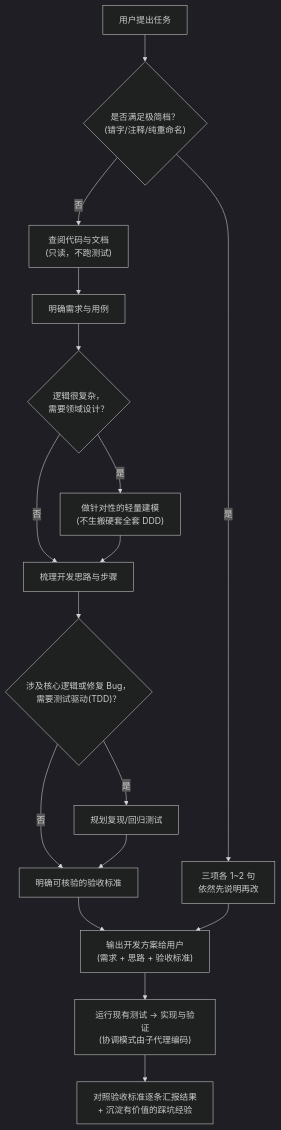
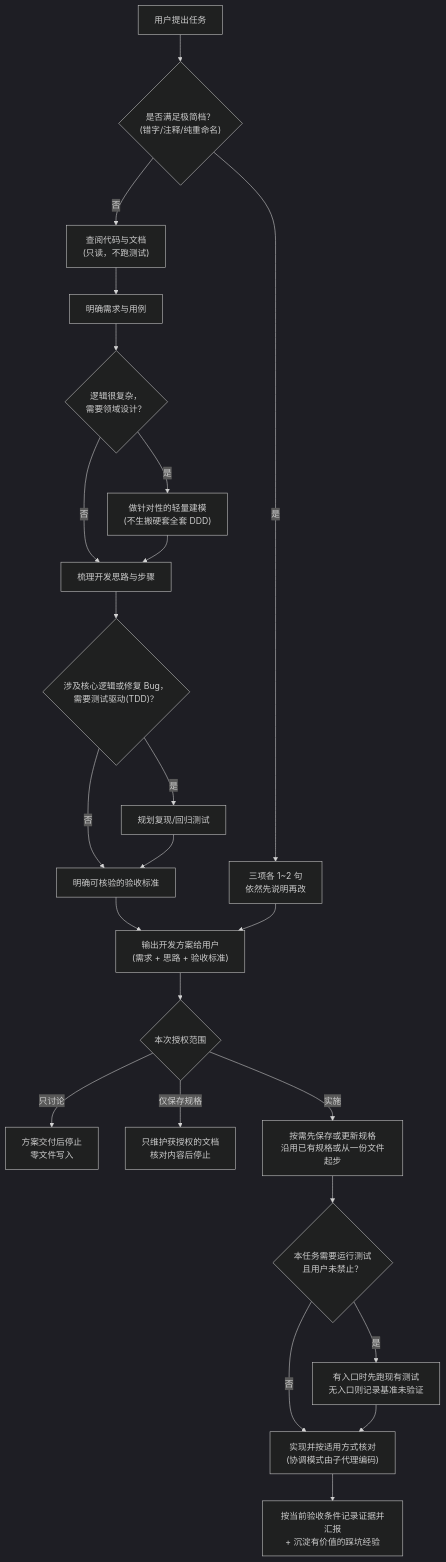
One commit to stackJx/navigate-software-development changed the diagram in README.md. Above: the diagram before and after it, drawn with Mermaid (dark theme). The commit also changed other lines of this file and 17 other files, not shown here.

````diff
--- a/README.md
+++ b/README.md
@@ -19,19 +19,26 @@
 ```mermaid
 flowchart TD
     A["用户提出任务"] --> Q{"是否满足极简档？<br/>(错字/注释/纯重命名)"}
     Q -- "是" --> S["三项各 1~2 句<br/>依然先说明再改"]
     Q -- "否" --> X["查阅代码与文档<br/>(只读，不跑测试)"]
     X --> R["明确需求与用例"]
     R --> D{"逻辑很复杂，<br/>需要领域设计？"}
     D -- "是" --> DD["做针对性的轻量建模<br/>(不生搬硬套全套 DDD)"]
     D -- "否" --> P["梳理开发思路与步骤"]
     DD --> P
     P --> T{"涉及核心逻辑或修复 Bug，<br/>需要测试驱动(TDD)？"}
     T -- "是" --> TS["规划复现/回归测试"]
     T -- "否" --> A1["明确可核验的验收标准"]
     TS --> A1
     A1 --> G["输出开发方案给用户<br/>(需求 + 思路 + 验收标准)"]
     S --> G
-    G --> B["运行现有测试 → 实现与验证<br/>(协调模式由子代理编码)"]
-    B --> O["对照验收标准逐条汇报结果<br/>+ 沉淀有价值的踩坑经验"]
+    G --> U{"本次授权范围"}
+    U -- "只讨论" --> END["方案交付后停止<br/>零文件写入"]
+    U -- "仅保存规格" --> DOC["只维护获授权的文档<br/>核对内容后停止"]
+    U -- "实施" --> SPEC["按需先保存或更新规格<br/>沿用已有规格或从一份文件起步"]
+    SPEC --> C{"本任务需要运行测试<br/>且用户未禁止？"}
+    C -- "是" --> B["有入口时先跑现有测试<br/>无入口则记录基准未验证"]
+    C -- "否" --> I["实现并按适用方式核对<br/>(协调模式由子代理编码)"]
+    B --> I
+    I --> O["按当前验收条件记录证据并汇报<br/>+ 沉淀有价值的踩坑经验"]
 ```
````
